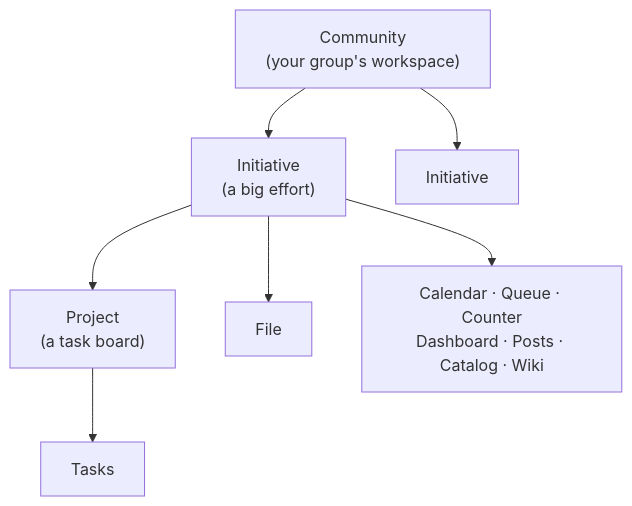
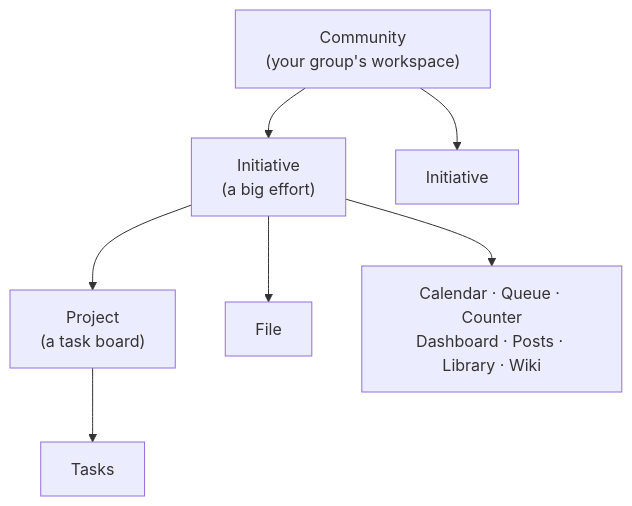
The diagram in docs/en/concepts/index.md (beyonders-studio/initiative), drawn with Mermaid before and after one commit. The commit also changed other lines of this file and 318 other files, not shown here.

````diff
--- a/docs/en/concepts/index.md
+++ b/docs/en/concepts/index.md
@@ -11,17 +11,17 @@
 ```mermaid
 graph TD
   G["Community<br/>(your group's workspace)"]
   I1["Initiative<br/>(a big effort)"]
   I2["Initiative"]
   P1["Project<br/>(a task board)"]
   D1["File"]
-  T1["Calendar · Queue · Counter<br/>Dashboard · Posts · Catalog · Wiki"]
+  T1["Calendar · Queue · Counter<br/>Dashboard · Posts · Library · Wiki"]
   TASK["Tasks"]
 
   G --> I1
   G --> I2
   I1 --> P1
   I1 --> D1
   I1 --> T1
   P1 --> TASK
 ```
````
